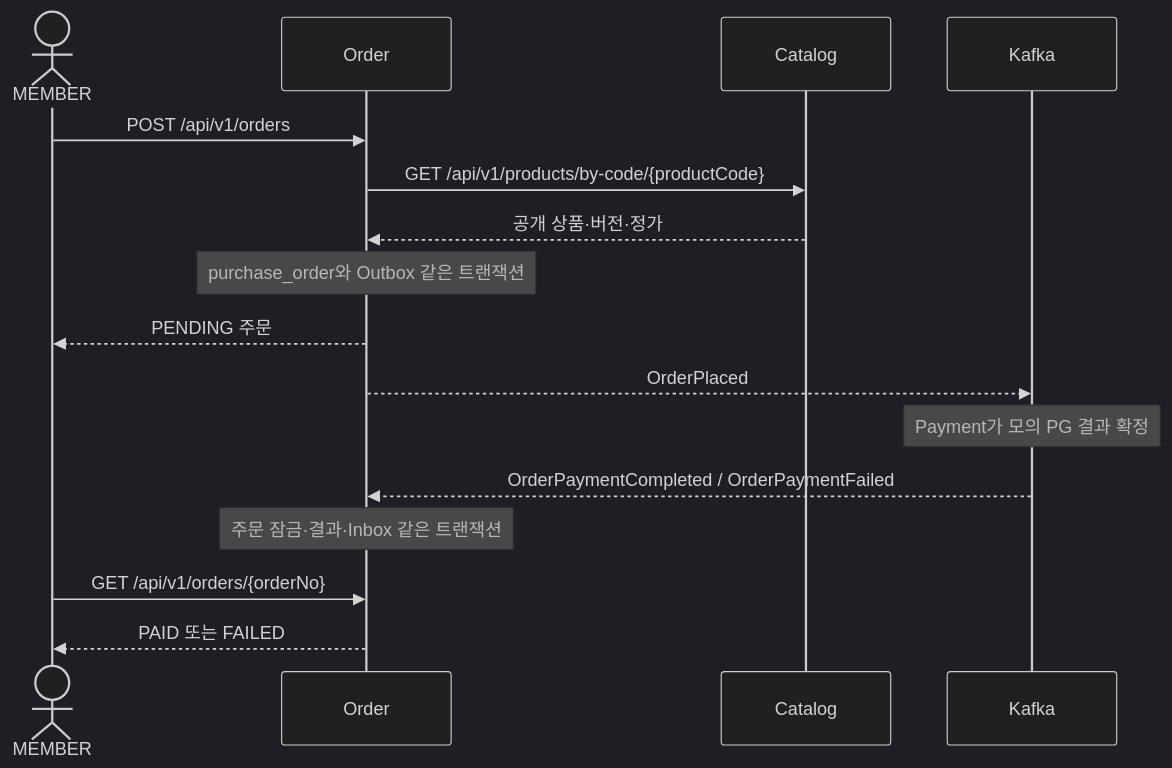
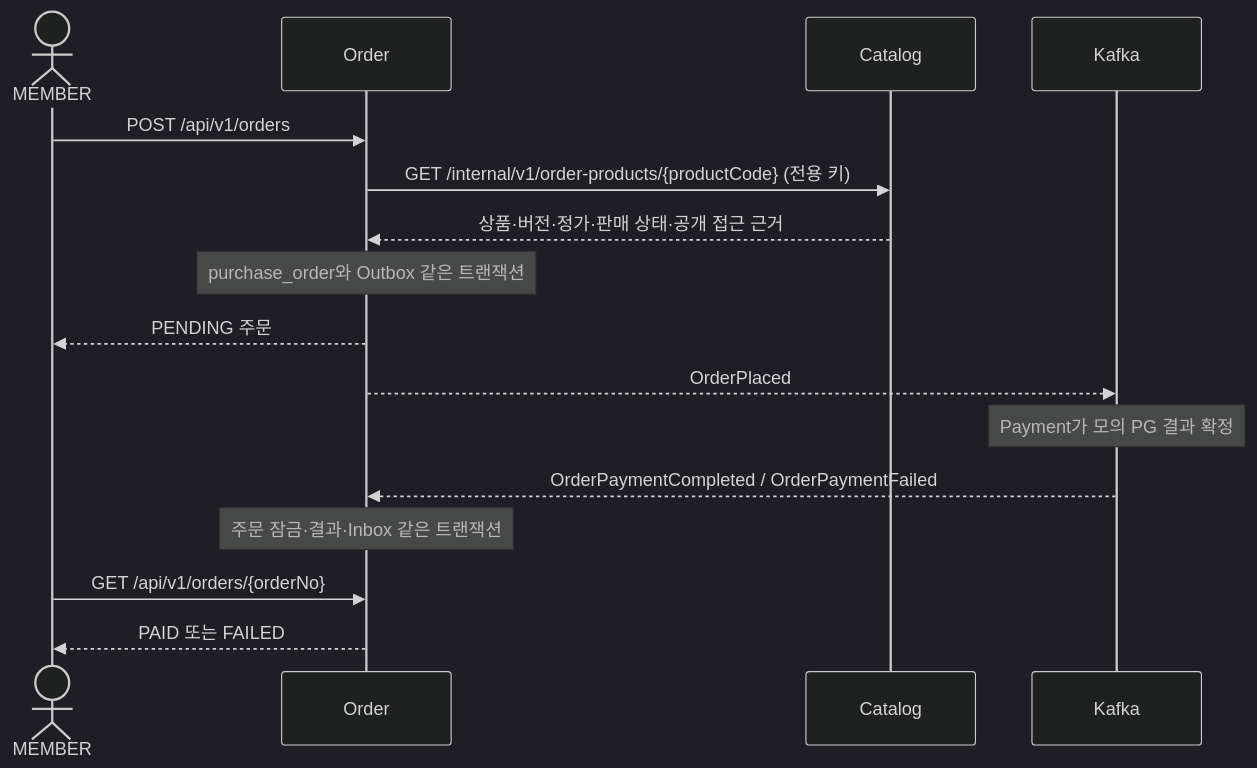
One commit to tlswltjq/esd-platform changed the diagram in docs/order-guide.md. Above: the diagram before and after it, drawn with Mermaid (dark theme). The commit also changed other lines of this file and 155 other files, not shown here.

````diff
--- a/docs/order-guide.md
+++ b/docs/order-guide.md
@@ -18,18 +20,18 @@
 ```mermaid
 sequenceDiagram
     actor Buyer as MEMBER
     participant Order
     participant Catalog
     participant Kafka
     Buyer->>Order: POST /api/v1/orders
-    Order->>Catalog: GET /api/v1/products/by-code/{productCode}
-    Catalog-->>Order: 공개 상품·버전·정가
+    Order->>Catalog: GET /internal/v1/order-products/{productCode} (전용 키)
+    Catalog-->>Order: 상품·버전·정가·판매 상태·공개 접근 근거
     Note over Order: purchase_order와 Outbox 같은 트랜잭션
     Order-->>Buyer: PENDING 주문
     Order-->>Kafka: OrderPlaced
     Note over Kafka: Payment가 모의 PG 결과 확정
     Kafka-->>Order: OrderPaymentCompleted / OrderPaymentFailed
     Note over Order: 주문 잠금·결과·Inbox 같은 트랜잭션
     Buyer->>Order: GET /api/v1/orders/{orderNo}
     Order-->>Buyer: PAID 또는 FAILED
 ```
````
